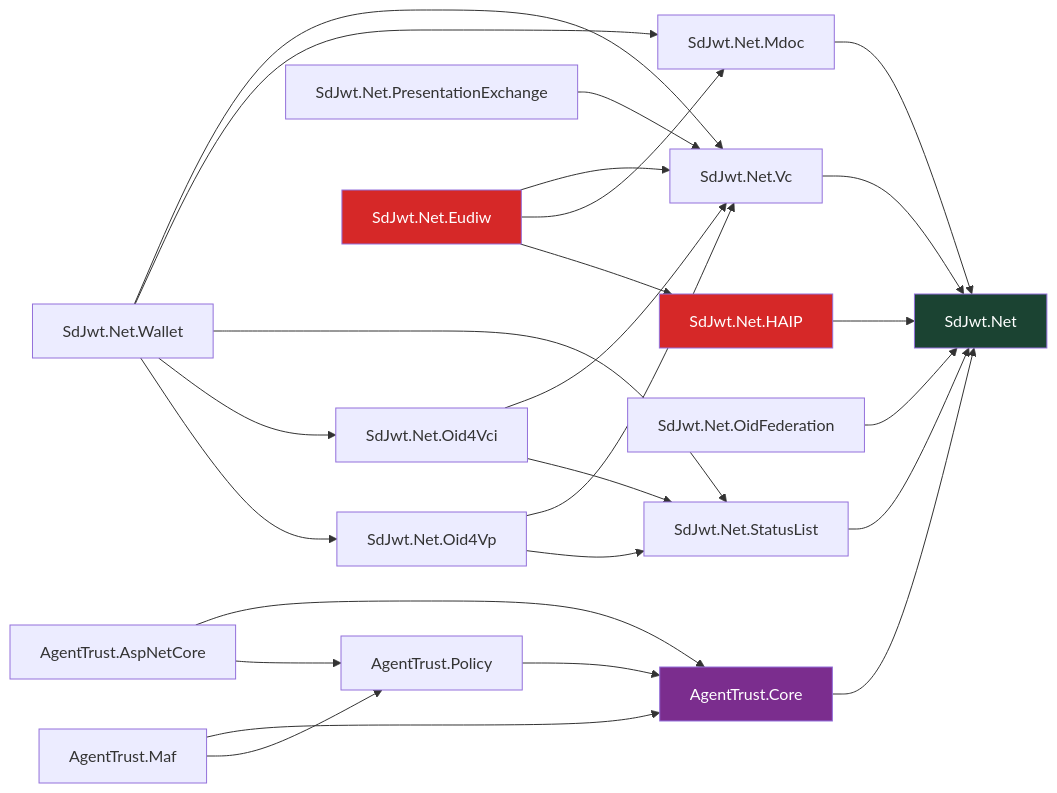
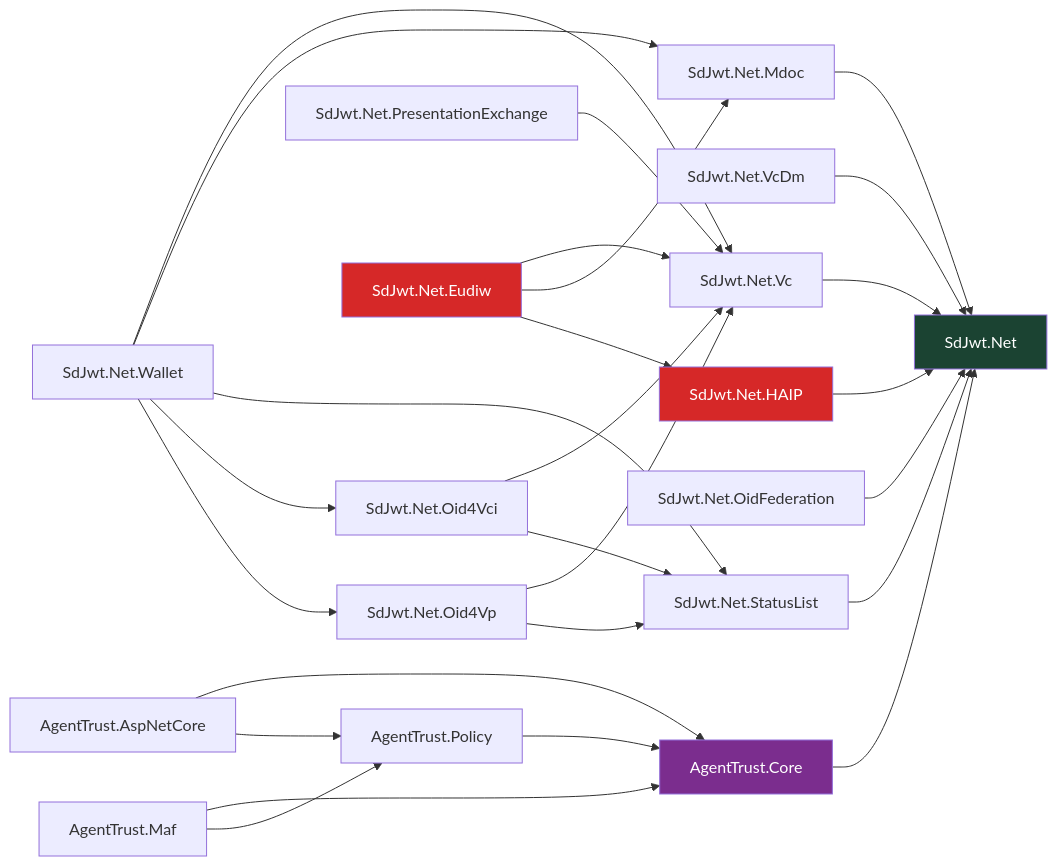
One commit to openwallet-foundation-labs/sd-jwt-dotnet changed the third of 8 diagrams in docs/concepts/ecosystem-architecture.md. Above: the diagram before and after it, drawn with Mermaid. The commit also changed other lines of this file and 364 other files, not shown here.

````diff
--- a/docs/concepts/ecosystem-architecture.md
+++ b/docs/concepts/ecosystem-architecture.md
@@ -89,37 +153,38 @@
 ```mermaid
 graph LR
     Core["SdJwt.Net"]
 
     Vc["SdJwt.Net.Vc"] --> Core
+    VcDm["SdJwt.Net.VcDm"] --> Core
     StatusList["SdJwt.Net.StatusList"] --> Core
     Mdoc["SdJwt.Net.Mdoc"] --> Core
 
     OID4VCI["SdJwt.Net.Oid4Vci"] --> Vc
     OID4VCI --> StatusList
     OID4VP["SdJwt.Net.Oid4Vp"] --> Vc
     OID4VP --> StatusList
     PEX["SdJwt.Net.PresentationExchange"] --> Vc
     Fed["SdJwt.Net.OidFederation"] --> Core
 
     HAIP["SdJwt.Net.HAIP"] --> Core
     Eudiw["SdJwt.Net.Eudiw"] --> Vc
     Eudiw --> Mdoc
     Eudiw --> HAIP
     Wallet["SdJwt.Net.Wallet"] --> Vc
     Wallet --> Mdoc
     Wallet --> StatusList
     Wallet --> OID4VCI
     Wallet --> OID4VP
 
     ATCore["AgentTrust.Core"] --> Core
     ATPolicy["AgentTrust.Policy"] --> ATCore
     ATAsp["AgentTrust.AspNetCore"] --> ATCore
     ATAsp --> ATPolicy
     ATMaf["AgentTrust.Maf"] --> ATCore
     ATMaf --> ATPolicy
 
     style Core fill:#1b4332,color:#fff
     style HAIP fill:#d62828,color:#fff
     style Eudiw fill:#d62828,color:#fff
     style ATCore fill:#7b2d8e,color:#fff
 ```
````
